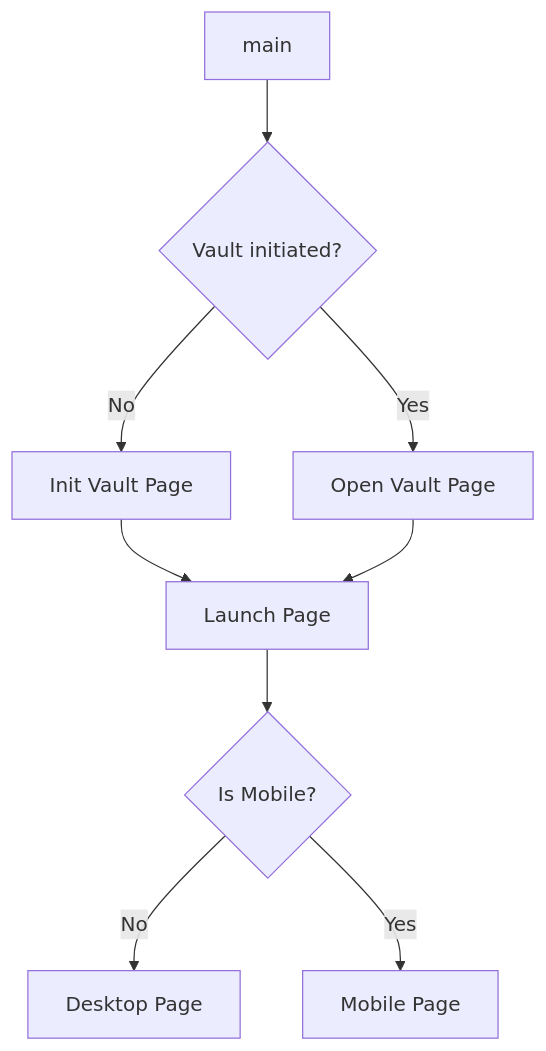
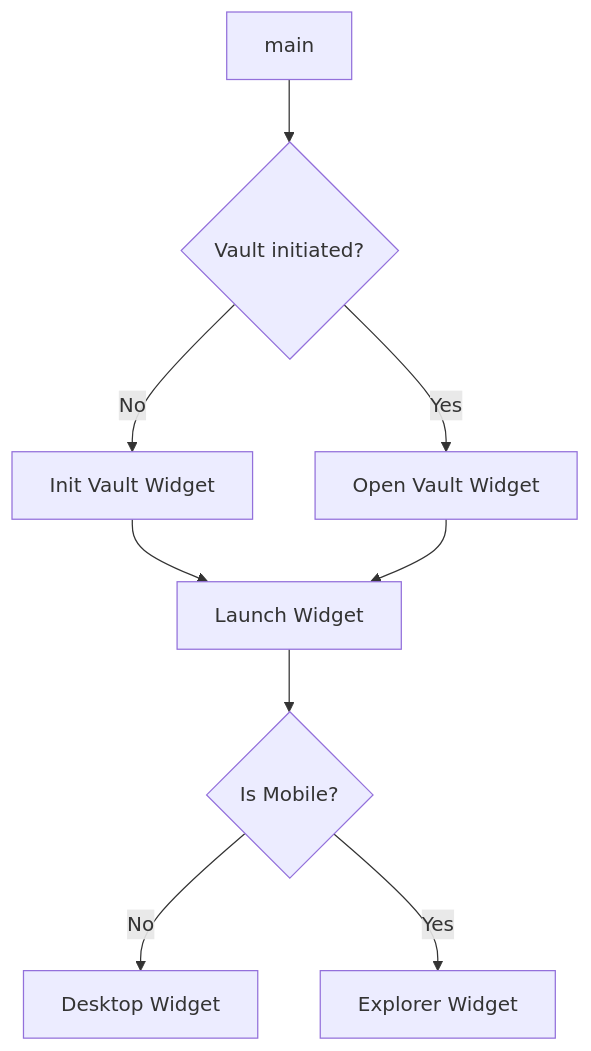
Before and after one commit to zxbase/zxbase_app: the diagram in diagrams.md, drawn with Mermaid.

Commit message:
update launch diagram

````diff
--- a/diagrams.md
+++ b/diagrams.md
@@ -4,11 +4,11 @@
 ```mermaid
   graph TD;
       A[main] --> B{Vault initiated?};
       B -- No --> C;
       B -- Yes --> D;
-      C[Init Vault Page] --> E;
-      D[Open Vault Page] --> E;
-      E[Launch Page] --> F{Is Mobile?};
-      F -- No --> G[Desktop Page];
-      F -- Yes --> H[Mobile Page];
+      C[Init Vault Widget] --> E;
+      D[Open Vault Widget] --> E;
+      E[Launch Widget] --> F{Is Mobile?};
+      F -- No --> G[Desktop Widget];
+      F -- Yes --> H[Explorer Widget];
 ```
````
